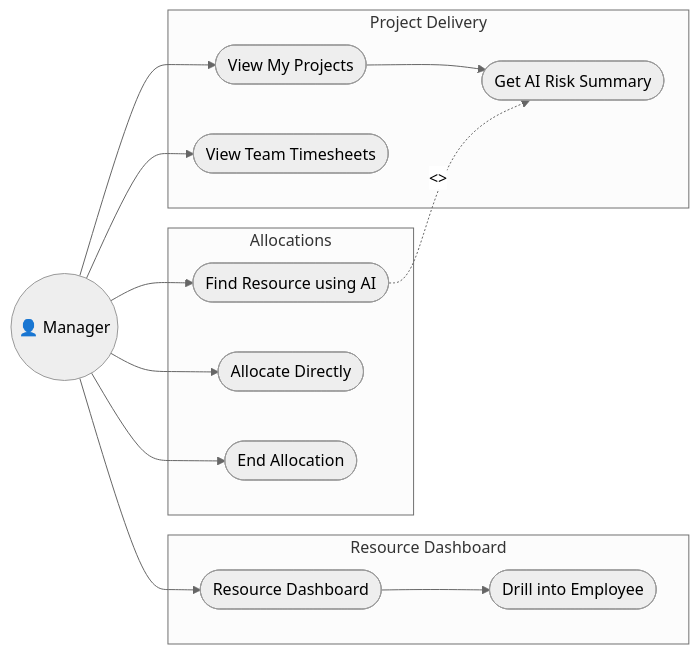
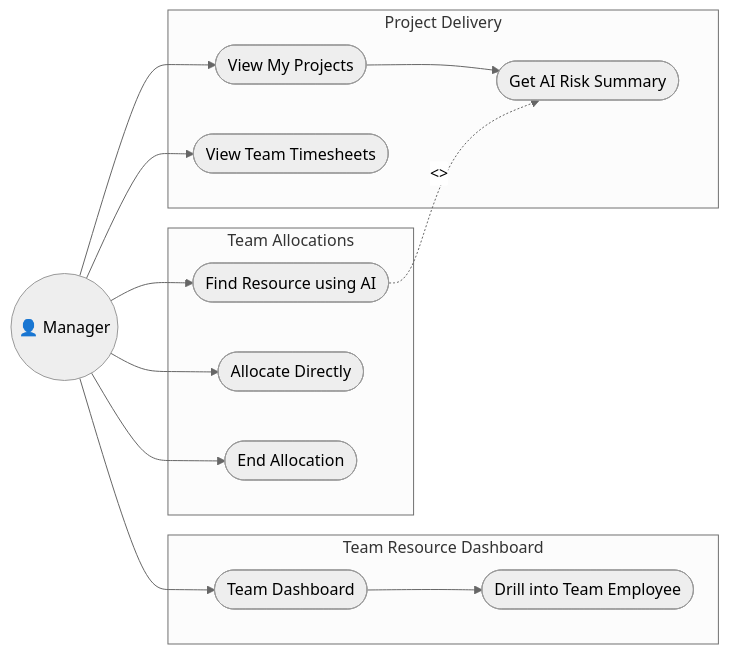
One commit to HariAdk/PRM changed the third of 5 diagrams in docs/Solution/UseCase_Diagram.md. Above: the diagram before and after it, drawn with Mermaid (neutral theme). The commit also changed other lines of this file and 21 other files, not shown here.

Commit message:
Updated diagrams

````diff
--- a/docs/Solution/UseCase_Diagram.md
+++ b/docs/Solution/UseCase_Diagram.md
@@ -264,32 +264,32 @@
 ```mermaid
 flowchart LR
     Manager((👤 Manager))
     
-    subgraph Dashboard["Resource Dashboard"]
-        UC_ResourceDashboard(["Resource Dashboard"])
-        UC_DrillEmployee(["Drill into Employee"])
+    subgraph Dashboard["Team Resource Dashboard"]
+        UC_ResourceDashboard(["Team Dashboard"])
+        UC_DrillEmployee(["Drill into Team Employee"])
     end
     
-    subgraph Allocations["Allocations"]
+    subgraph Allocations["Team Allocations"]
         UC_FindResourceAI(["Find Resource using AI"])
         UC_AllocateDirectly(["Allocate Directly"])
         UC_EndAllocation(["End Allocation"])
     end
 
     subgraph Projects["Project Delivery"]
         UC_MyProjects(["View My Projects"])
         UC_GetAIRiskSummary(["Get AI Risk Summary"])
         UC_ViewTeamTimesheets(["View Team Timesheets"])
     end
 
     Manager --> UC_ResourceDashboard
     Manager --> UC_FindResourceAI
     Manager --> UC_AllocateDirectly
     Manager --> UC_EndAllocation
     Manager --> UC_MyProjects
     Manager --> UC_ViewTeamTimesheets
     
     UC_ResourceDashboard --> UC_DrillEmployee
     UC_MyProjects --> UC_GetAIRiskSummary
     UC_FindResourceAI -.->|"<<include>>"| UC_GetAIRiskSummary
 ```
````
